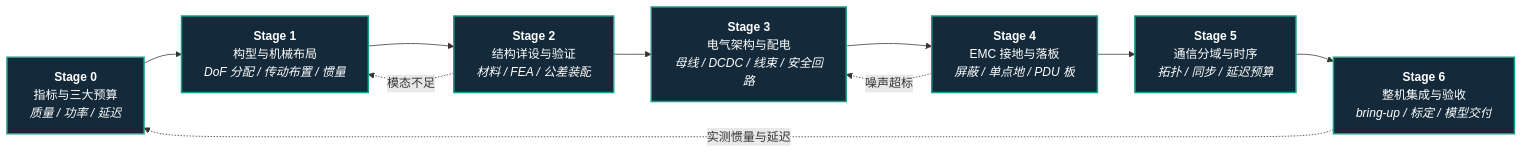
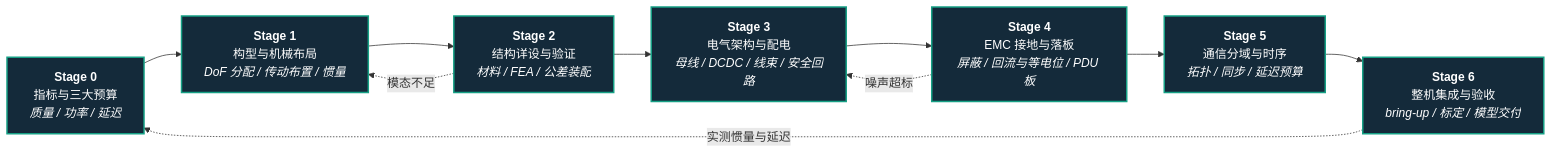
One commit to ImChong/Robotics_Notebooks changed the diagram in roadmap/depth-humanoid-hardware-design.md. Above: the diagram before and after it, drawn with Mermaid. The commit also changed other lines of this file and 11 other files, not shown here.

Commit message:
docs(roadmap): 修正全路线先修关系与控制概念边界

````diff
--- a/roadmap/depth-humanoid-hardware-design.md
+++ b/roadmap/depth-humanoid-hardware-design.md
@@ -11,18 +11,18 @@
 ```mermaid
 flowchart LR
   S0["<b>Stage 0</b><br/>指标与三大预算<br/><em>质量 / 功率 / 延迟</em>"]
   S1["<b>Stage 1</b><br/>构型与机械布局<br/><em>DoF 分配 / 传动布置 / 惯量</em>"]
   S2["<b>Stage 2</b><br/>结构详设与验证<br/><em>材料 / FEA / 公差装配</em>"]
   S3["<b>Stage 3</b><br/>电气架构与配电<br/><em>母线 / DCDC / 线束 / 安全回路</em>"]
-  S4["<b>Stage 4</b><br/>EMC 接地与落板<br/><em>屏蔽 / 单点地 / PDU 板</em>"]
+  S4["<b>Stage 4</b><br/>EMC 接地与落板<br/><em>屏蔽 / 回流与等电位 / PDU 板</em>"]
   S5["<b>Stage 5</b><br/>通信分域与时序<br/><em>拓扑 / 同步 / 延迟预算</em>"]
   S6["<b>Stage 6</b><br/>整机集成与验收<br/><em>bring-up / 标定 / 模型交付</em>"]
 
   S0 --> S1 --> S2 --> S3 --> S4 --> S5 --> S6
   S2 -.->|模态不足| S1
   S4 -.->|噪声超标| S3
   S6 -.->|实测惯量与延迟| S0
 
   classDef stage fill:#142a3a,stroke:#16a085,stroke-width:2px,color:#fff
   class S0,S1,S2,S3,S4,S5,S6 stage
 ```
````
